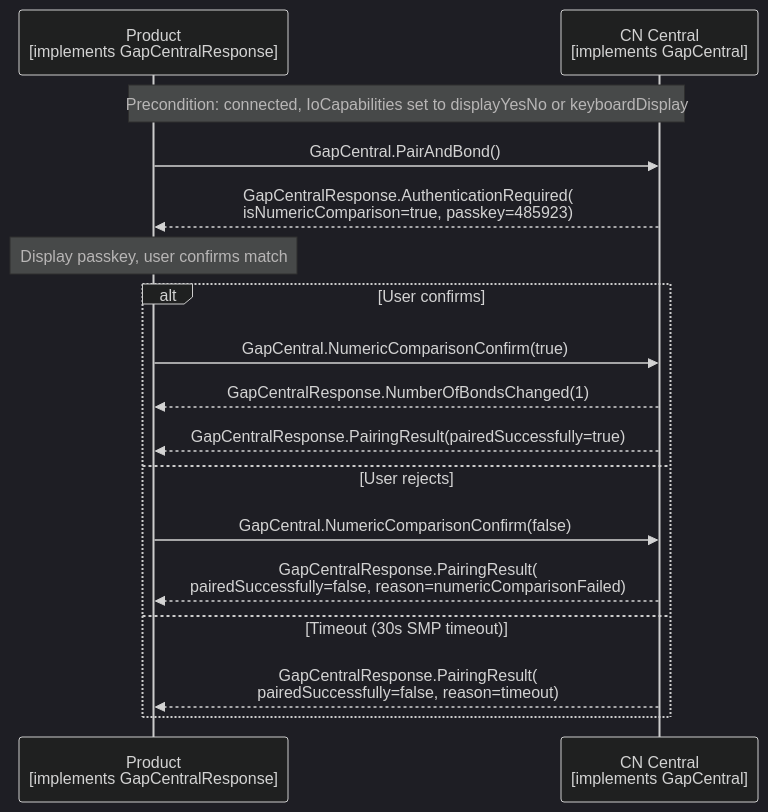
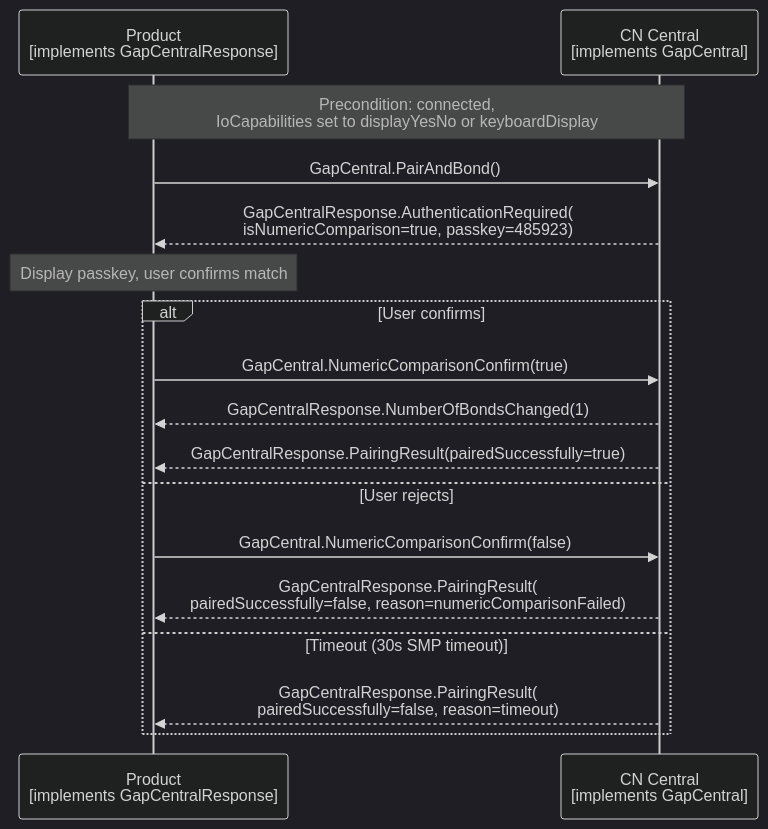
Before and after one commit to philips-software/amp-embedded-infra-lib: the diagram in documents/modules/ROOT/partials/echoservices/gap_central/GapCentral_NumericComparison_sequence.mmd, drawn with Mermaid (dark theme). The commit also changed 5 other files, not shown here.

```diff
--- a/documents/modules/ROOT/partials/echoservices/gap_central/GapCentral_NumericComparison_sequence.mmd
+++ b/documents/modules/ROOT/partials/echoservices/gap_central/GapCentral_NumericComparison_sequence.mmd
@@ -1,21 +1,21 @@
 sequenceDiagram
     participant Product as Product<br>[implements GapCentralResponse]
     participant CN as CN Central<br>[implements GapCentral]
 
-    Note over Product, CN: Precondition: connected, IoCapabilities set to displayYesNo or keyboardDisplay
+    Note over Product, CN: Precondition: connected,<br>IoCapabilities set to displayYesNo or keyboardDisplay
 
     Product->>CN: GapCentral.PairAndBond()
     CN-->>Product: GapCentralResponse.AuthenticationRequired(<br>isNumericComparison=true, passkey=485923)
 
     Note over Product: Display passkey, user confirms match
 
     alt User confirms
         Product->>CN: GapCentral.NumericComparisonConfirm(true)
         CN-->>Product: GapCentralResponse.NumberOfBondsChanged(1)
         CN-->>Product: GapCentralResponse.PairingResult(pairedSuccessfully=true)
     else User rejects
         Product->>CN: GapCentral.NumericComparisonConfirm(false)
         CN-->>Product: GapCentralResponse.PairingResult(<br>pairedSuccessfully=false, reason=numericComparisonFailed)
     else Timeout (30s SMP timeout)
         CN-->>Product: GapCentralResponse.PairingResult(<br>pairedSuccessfully=false, reason=timeout)
     end
```
